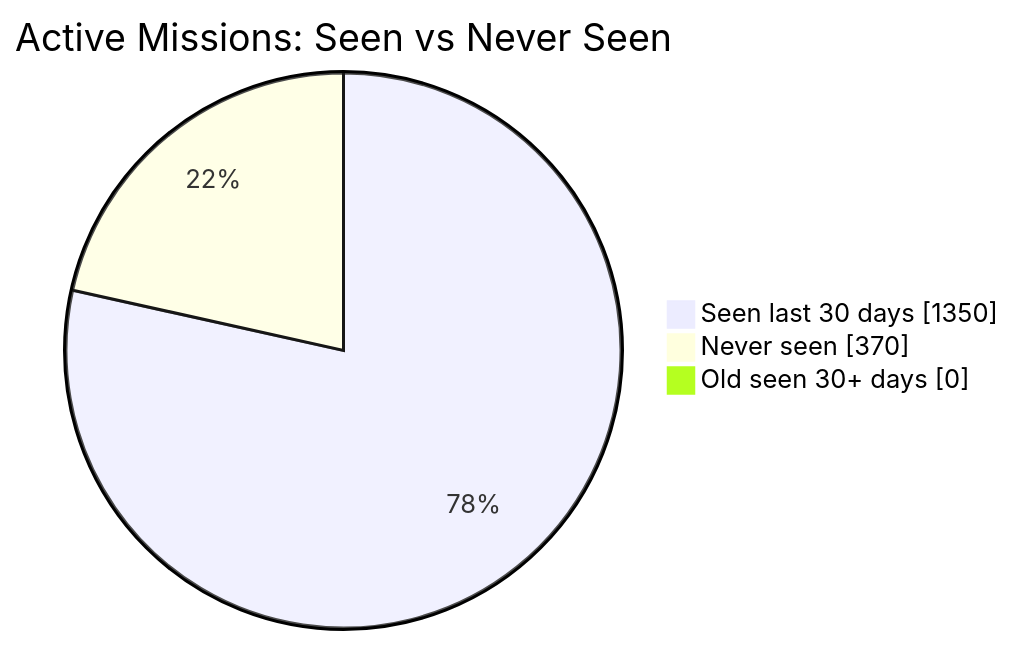
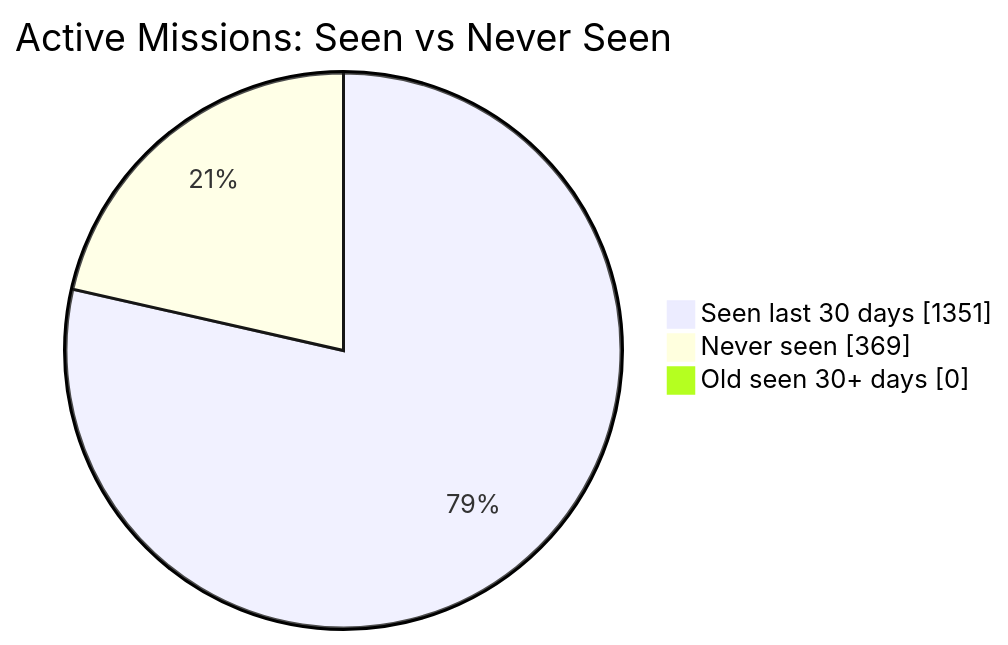
One commit to MeldkamerspelGameTeam/active-missions changed the first of 2 diagrams in README.md. Above: the diagram before and after it, drawn with Mermaid. The commit also changed other lines of this file and 2 other files, not shown here.

````diff
--- a/README.md
+++ b/README.md
@@ -34,7 +34,7 @@
 ```mermaid
 pie showData
     title Active Missions: Seen vs Never Seen
-    "Seen last 30 days" : 1350
-    "Never seen" : 370
+    "Seen last 30 days" : 1351
+    "Never seen" : 369
     "Old seen 30+ days" : 0
 ```
````
